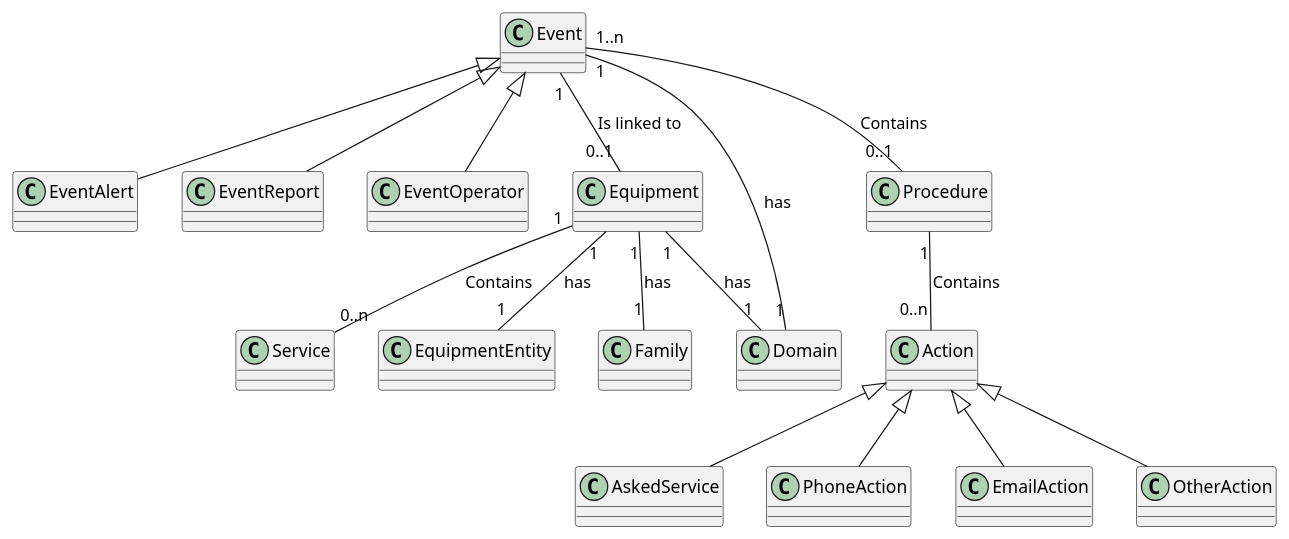
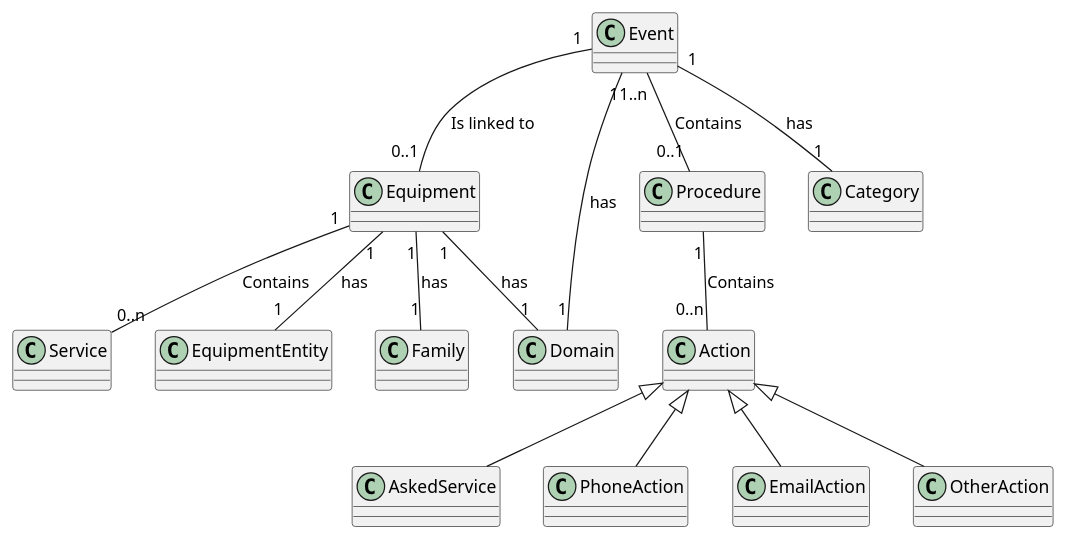
Before and after one commit to Provoly/provoly-hypervisor-back-public: the diagram in docs/modules/architecture/partials/diagrams/mcd.puml, drawn with PlantUML. The commit also changed 14 other files, not shown here.

```diff
--- a/docs/modules/architecture/partials/diagrams/mcd.puml
+++ b/docs/modules/architecture/partials/diagrams/mcd.puml
@@ -1,86 +1,74 @@
 @startuml
 
 class Event {
-
-}
-
-class EventAlert {
-
-}
-
-class EventReport {
-}
-
-class EventOperator {
 
 }
 
 
 class Equipment {
 
 }
 
 class Procedure {
 
 }
 
 
 class Action {
 
 }
 
 class Service {
 
 }
 
 class AskedService {
 }
 
 class PhoneAction {
 }
 
 class EmailAction {
 }
 
 class OtherAction {
 }
 
 
 class EquipmentEntity {
 }
 
 class Family {
 }
 
 class Domain {
 }
 
+class Category {
+}
 
 
 
-
-Event <|-- EventAlert
-Event <|-- EventReport
-Event <|-- EventOperator
+Event "1" -- "1" Category: has
 
 Event "1" -- "1" Domain: has
 
 Event "1" -- "0..1" Equipment: Is linked to
 
 Event "1..n" -- "0..1" Procedure: Contains
 
 Procedure "1" -- "0..n" Action: Contains
 Equipment "1" -- "0..n" Service: Contains
 Equipment "1" -- "1" EquipmentEntity: has
 Equipment "1" -- "1" Family: has
 Equipment "1" -- "1" Domain: has
 
 Action <|-- AskedService
 Action <|-- PhoneAction
 Action <|-- OtherAction
 Action <|-- EmailAction
 
 
 
 
 @enduml
```
